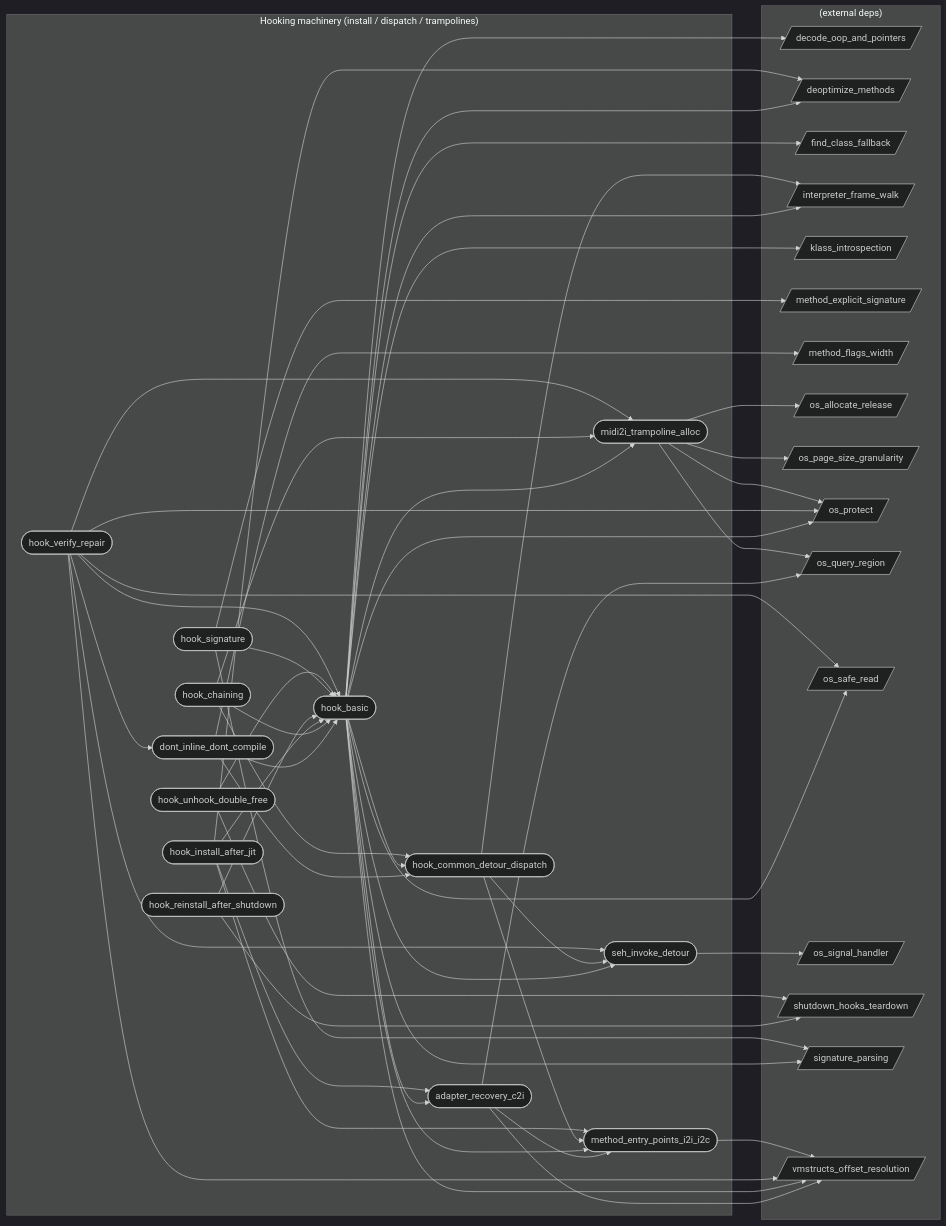
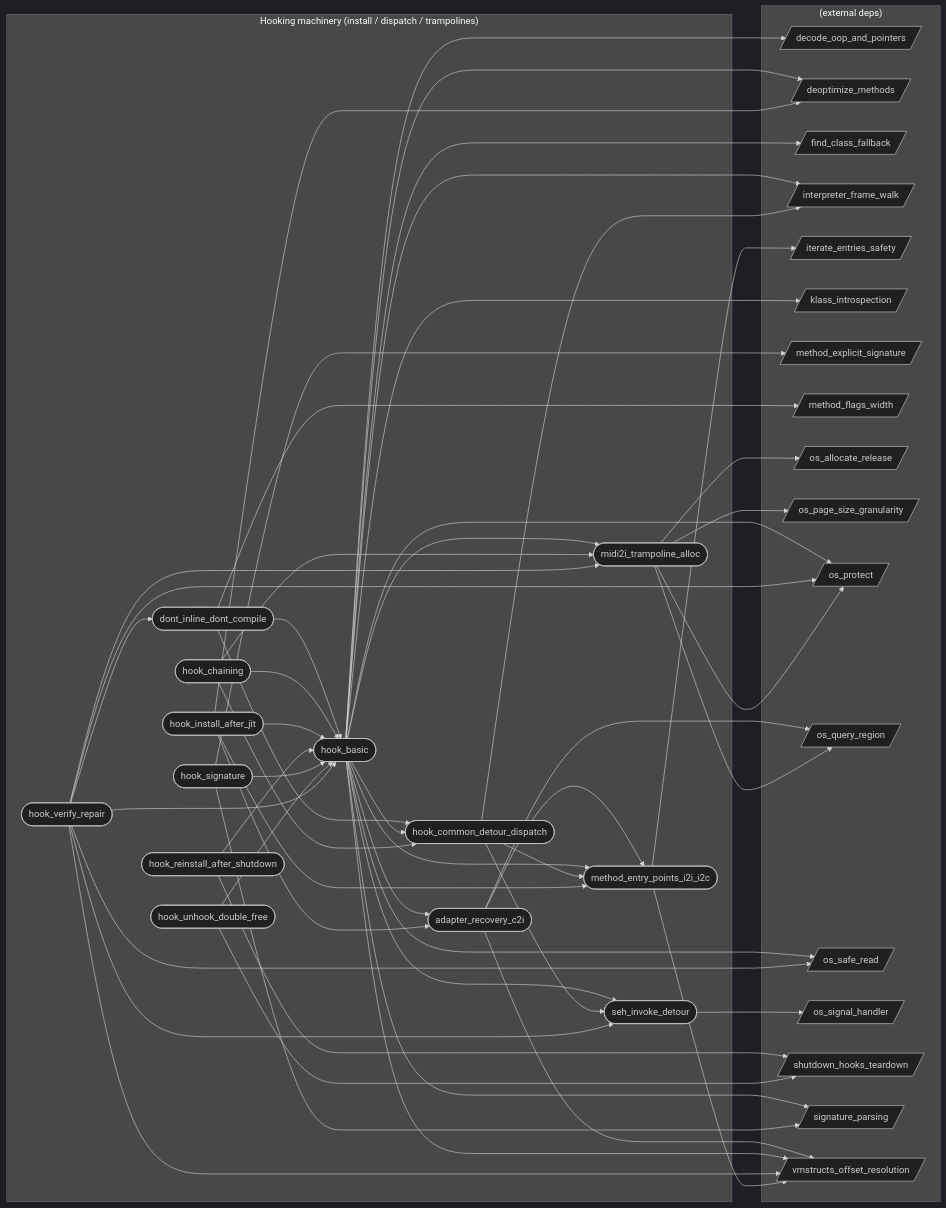
Before and after one commit to xxxnpno/VMHook: the diagram in audit/graph/categories/hook.md, drawn with Mermaid (dark theme). The commit also changed other lines of this file and 169 other files, not shown here.

```diff
--- a/audit/graph/categories/hook.md
+++ b/audit/graph/categories/hook.md
@@ -49,6 +49,7 @@
     deoptimize_methods[/deoptimize_methods/]
     find_class_fallback[/find_class_fallback/]
     interpreter_frame_walk[/interpreter_frame_walk/]
+    iterate_entries_safety[/iterate_entries_safety/]
     klass_introspection[/klass_introspection/]
     method_explicit_signature[/method_explicit_signature/]
     method_flags_width[/method_flags_width/]
@@ -107,6 +108,7 @@
   hook_verify_repair --> seh_invoke_detour
   hook_verify_repair --> dont_inline_dont_compile
   method_entry_points_i2i_i2c --> vmstructs_offset_resolution
+  method_entry_points_i2i_i2c --> iterate_entries_safety
   midi2i_trampoline_alloc --> os_allocate_release
   midi2i_trampoline_alloc --> os_protect
   midi2i_trampoline_alloc --> os_query_region
```
